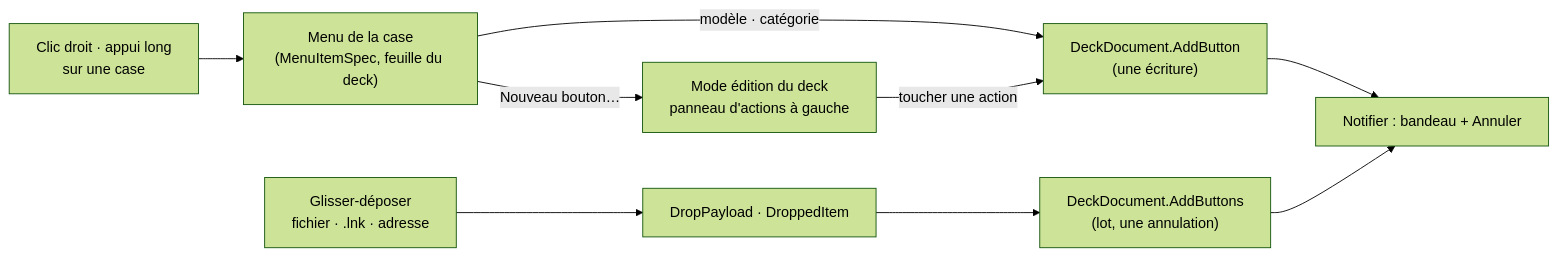
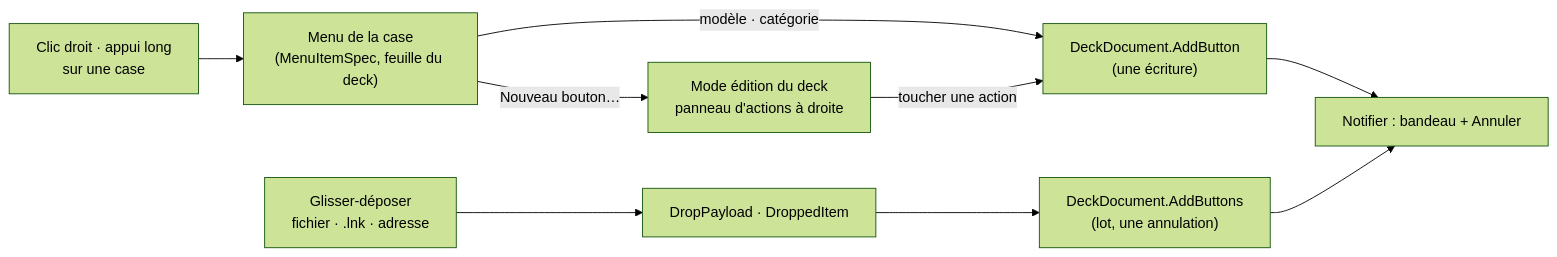
Before and after one commit to Dakire/StreamDeck: the fifth of 5 diagrams in docs/ARCHITECTURE.md, drawn with Mermaid (forest theme). The commit also changed other lines of this file and 48 other files, not shown here.

````diff
--- a/docs/ARCHITECTURE.md
+++ b/docs/ARCHITECTURE.md
@@ -207,10 +207,10 @@
 ```mermaid
 flowchart LR
     G["Clic droit · appui long<br/>sur une case"] --> M["Menu de la case<br/>(MenuItemSpec, feuille du deck)"]
     M -- "modèle · catégorie" --> A["DeckDocument.AddButton<br/>(une écriture)"]
-    M -- "Nouveau bouton…" --> P["Mode édition du deck<br/>panneau d'actions à gauche"]
+    M -- "Nouveau bouton…" --> P["Mode édition du deck<br/>panneau d'actions à droite"]
     P -- "toucher une action" --> A
     D["Glisser-déposer<br/>fichier · .lnk · adresse"] --> DP["DropPayload · DroppedItem"] --> B["DeckDocument.AddButtons<br/>(lot, une annulation)"]
     A --> N["Notifier : bandeau + Annuler"]
     B --> N
 ```
````
